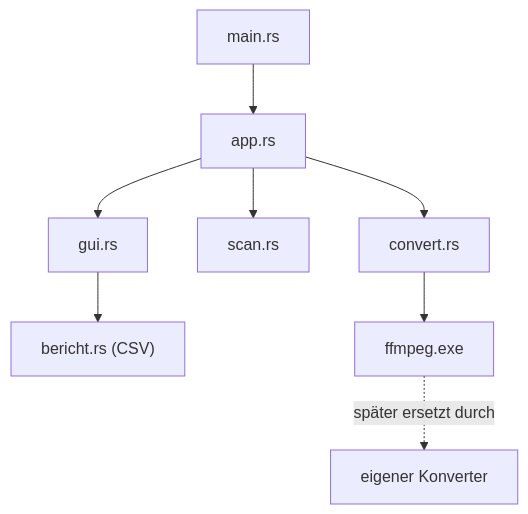
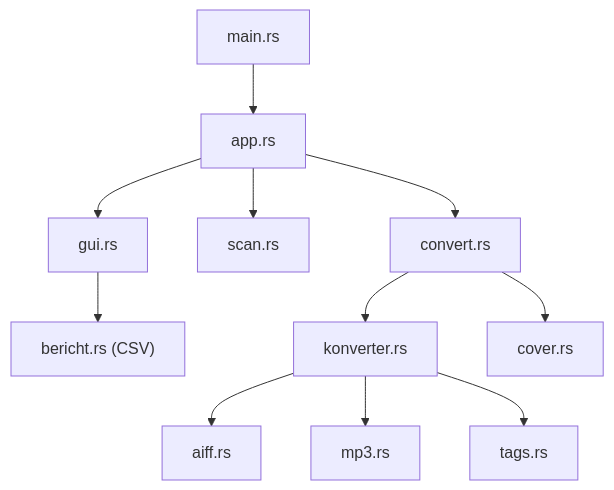
The diagram in wiki/index.md (Senci/audio-konverter), drawn with Mermaid before and after one commit. The commit also changed other lines of this file and 7 other files, not shown here.

````diff
--- a/wiki/index.md
+++ b/wiki/index.md
@@ -5,10 +5,13 @@
 ```mermaid
 flowchart TD
     main["main.rs"] --> app["app.rs"]
     app --> gui["gui.rs"]
     app --> scan["scan.rs"]
     app --> convert["convert.rs"]
     gui --> bericht["bericht.rs (CSV)"]
-    convert --> ffmpeg["ffmpeg.exe"]
-    ffmpeg -.->|später ersetzt durch| eigen["eigener Konverter"]
+    convert --> konverter["konverter.rs"]
+    konverter --> aiff["aiff.rs"]
+    konverter --> mp3["mp3.rs"]
+    konverter --> tags["tags.rs"]
+    convert --> cover["cover.rs"]
 ```
````
